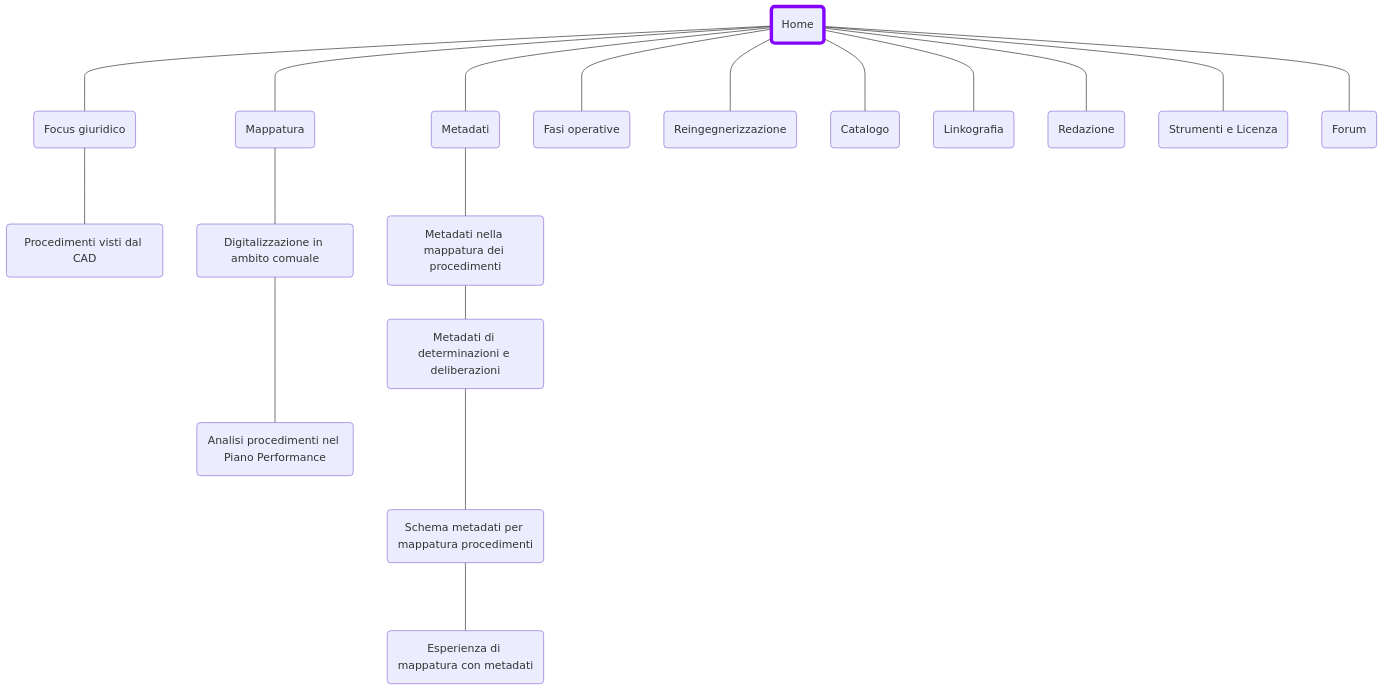
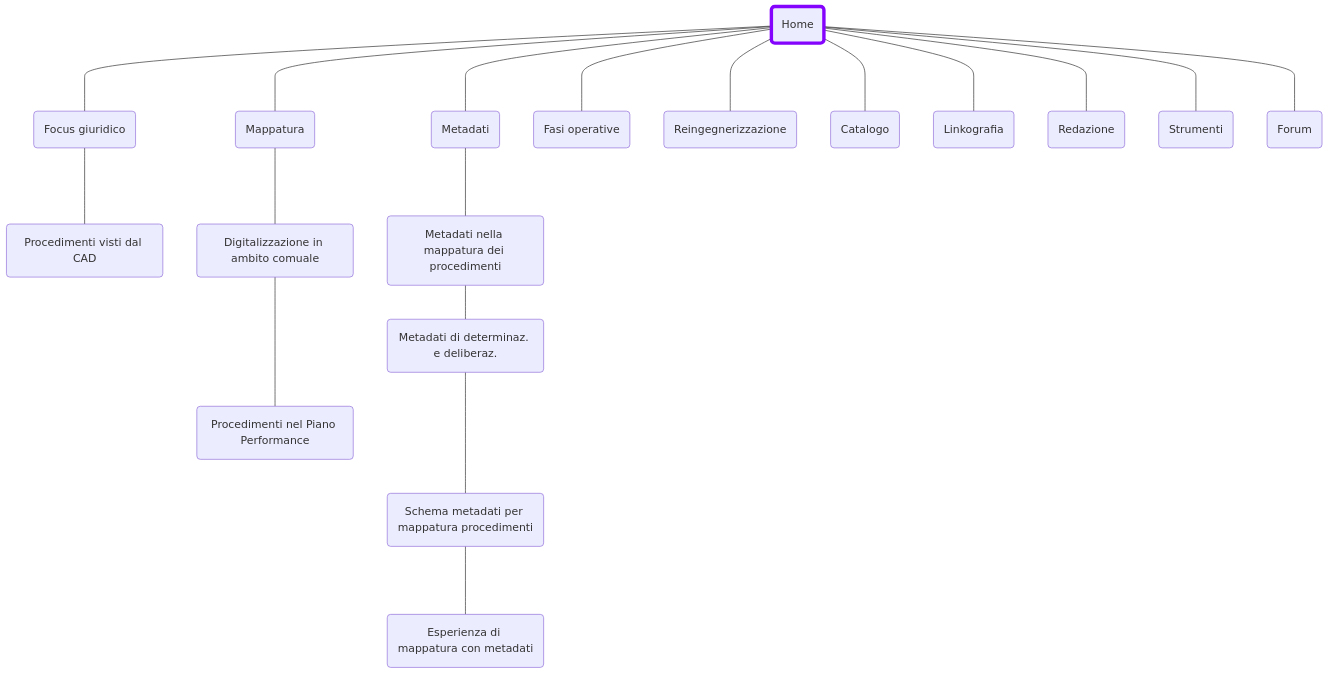
Before and after one commit to UO-TransizioneDigitaleComunePalermo/mappatura-procedimenti-amministrativi: the diagram in docs/site-map.md, drawn with Mermaid.

````diff
--- a/docs/site-map.md
+++ b/docs/site-map.md
@@ -44,40 +44,40 @@
 ``` mermaid
 graph TB
 A(Home)
 A ---- B(Focus giuridico);
 A ---- C(Mappatura);
 A ---- D(Metadati);
 A ---- E(Fasi operative);
 A ---- M(Reingegnerizzazione)
 A ---- F(Catalogo);
 A ---- G(Linkografia);
 A ---- H(Redazione);
-A ---- I(Strumenti e Licenza);
+A ---- I(Strumenti);
 A ---- L(Forum);
 B ---- B1(Procedimenti visti dal CAD);
 C ---- C1(Digitalizzazione in ambito comuale);
-C1 ---- C2(Analisi procedimenti nel Piano Performance);
+C1 ---- C2(Procedimenti nel Piano Performance);
 D ---- D1(Metadati nella mappatura dei procedimenti);
-D1 --- D2(Metadati di determinazioni e deliberazioni);
+D1 --- D2(Metadati di determinaz. e deliberaz.);
 D2 ---- D3(Schema metadati per mappatura procedimenti);
 D3 ---- D4(Esperienza di mappatura con metadati);
 click A "https://uo-transizionedigitalecomunepalermo.github.io/mappatura-procedimenti-amministrativi/" _blank
 click B "https://uo-transizionedigitalecomunepalermo.github.io/mappatura-procedimenti-amministrativi/contenuti/focus-giuridico/" _blank
 click B1 "https://uo-transizionedigitalecomunepalermo.github.io/mappatura-procedimenti-amministrativi/contenuti/cad/" _blank
 click C "https://uo-transizionedigitalecomunepalermo.github.io/mappatura-procedimenti-amministrativi/contenuti/digitalizzazione-ambito-comunale/" _blank
 click C1 "https://uo-transizionedigitalecomunepalermo.github.io/mappatura-procedimenti-amministrativi/contenuti/digitalizzazione-ambito-comunale/" _blank
 click C2 "https://uo-transizionedigitalecomunepalermo.github.io/mappatura-procedimenti-amministrativi/contenuti/esperienza-analisi/" _blank
 click D "https://uo-transizionedigitalecomunepalermo.github.io/mappatura-procedimenti-amministrativi/contenuti/metadati/" _blank
 click D1 "https://uo-transizionedigitalecomunepalermo.github.io/mappatura-procedimenti-amministrativi/contenuti/metadati/" _blank
 click D2 "https://uo-transizionedigitalecomunepalermo.github.io/mappatura-procedimenti-amministrativi/contenuti/metadati-determinazione-deliberazione/" _blank
 click D3 "https://uo-transizionedigitalecomunepalermo.github.io/mappatura-procedimenti-amministrativi/contenuti/schema-metadati/" _blank
 click D4 "https://uo-transizionedigitalecomunepalermo.github.io/mappatura-procedimenti-amministrativi/contenuti/esperienza-metadatazione/" _blank
 click E "https://uo-transizionedigitalecomunepalermo.github.io/mappatura-procedimenti-amministrativi/contenuti/fasi-operative/" _blank
 click F "https://uo-transizionedigitalecomunepalermo.github.io/mappatura-procedimenti-amministrativi/contenuti/catalogo/" _blank
 click G "https://uo-transizionedigitalecomunepalermo.github.io/mappatura-procedimenti-amministrativi/contenuti/linkografia/" _blank
 click H "https://uo-transizionedigitalecomunepalermo.github.io/mappatura-procedimenti-amministrativi/contenuti/redazione/" _blank
 click I "https://uo-transizionedigitalecomunepalermo.github.io/mappatura-procedimenti-amministrativi/contenuti/strumenti/" _blank
 click L "https://github.com/UO-TransizioneDigitaleComunePalermo/mappatura-procedimenti-amministrativi/discussions" _blank
 click M "https://uo-transizionedigitalecomunepalermo.github.io/mappatura-procedimenti-amministrativi/contenuti/reingegnerizzazione/" _blank
 style A stroke:#8403fc,stroke-width:5px  
 ```
````
